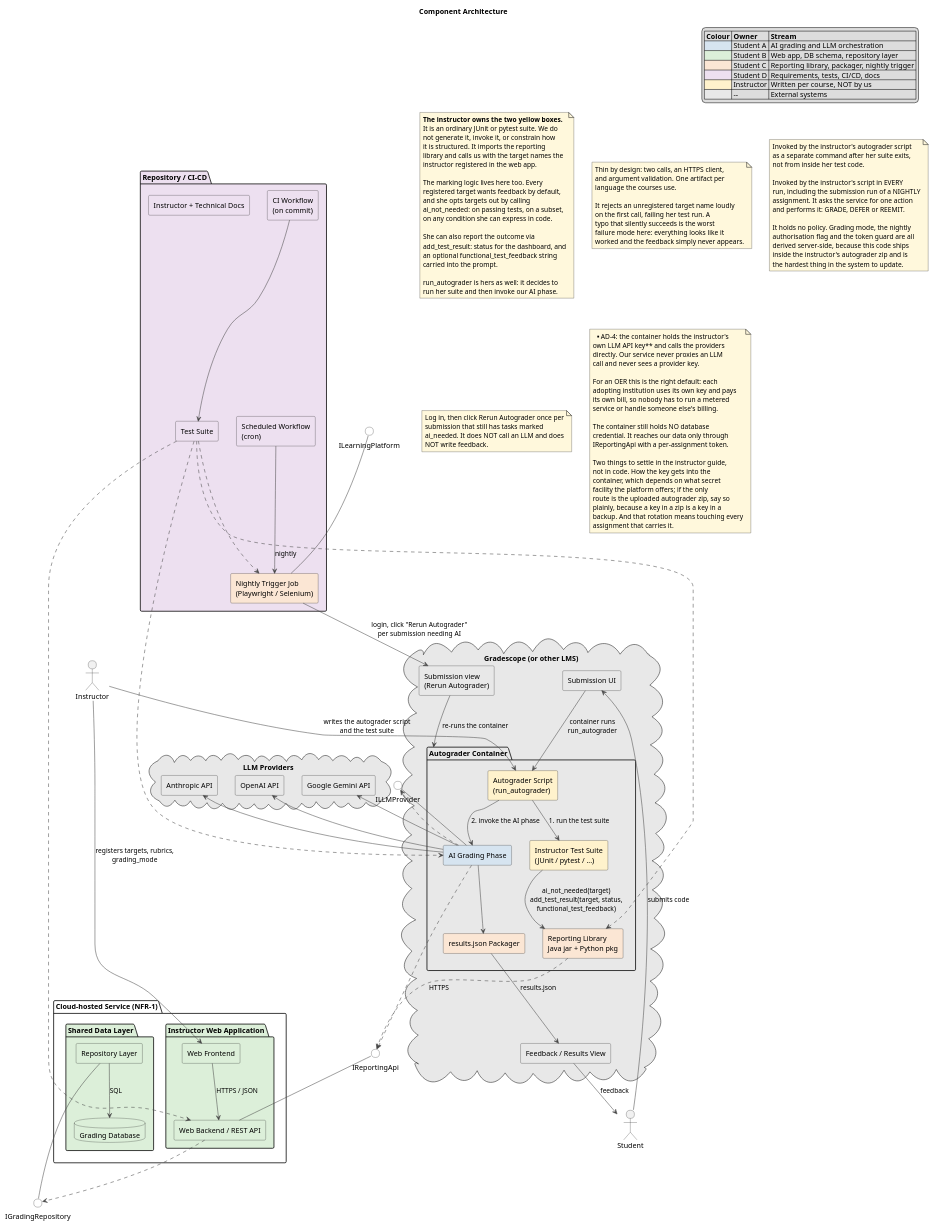
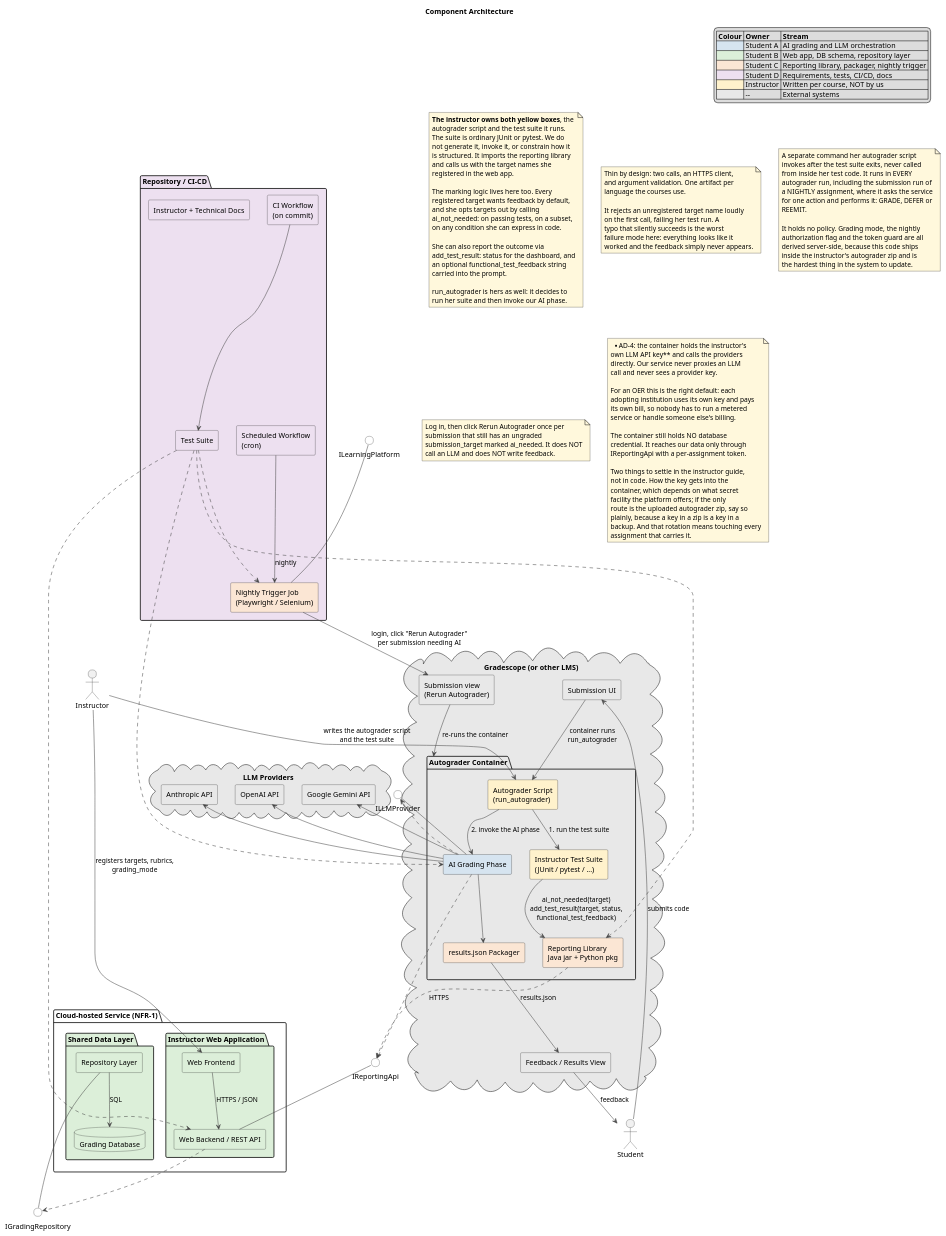
The diagram in docs/architecture/01-component.puml (AI-Assisted-Autograder/ai-assisted-autograder), drawn with PlantUML before and after one commit. The commit also changed 7 other files, not shown here.

```diff
--- a/docs/architecture/01-component.puml
+++ b/docs/architecture/01-component.puml
@@ -141,12 +141,13 @@
 tests ..> trigger
 
 note as N_OWN #FFF8DC
-  **The instructor owns the two yellow boxes.**
-  It is an ordinary JUnit or pytest suite. We do
-  not generate it, invoke it, or constrain how
-  it is structured. It imports the reporting
-  library and calls us with the target names the
-  instructor registered in the web app.
+  **The instructor owns both yellow boxes**, the
+  autograder script and the test suite it runs.
+  The suite is ordinary JUnit or pytest. We do
+  not generate it, invoke it, or constrain how it
+  is structured. It imports the reporting library
+  and calls us with the target names she
+  registered in the web app.
 
   The marking logic lives here too. Every
   registered target wants feedback by default,
@@ -176,17 +177,16 @@
 end note
 
 note as N_AIP #FFF8DC
-  Invoked by the instructor's autograder script
-  as a separate command after her suite exits,
-  not from inside her test code.
-
-  Invoked by the instructor's script in EVERY
-  run, including the submission run of a NIGHTLY
-  assignment. It asks the service for one action
-  and performs it: GRADE, DEFER or REEMIT.
+  A separate command her autograder script
+  invokes after the test suite exits, never called
+  from inside her test code. It runs in EVERY
+  autograder run, including the submission run of
+  a NIGHTLY assignment, where it asks the service
+  for one action and performs it: GRADE, DEFER or
+  REEMIT.
 
   It holds no policy. Grading mode, the nightly
-  authorisation flag and the token guard are all
+  authorization flag and the token guard are all
   derived server-side, because this code ships
   inside the instructor's autograder zip and is
   the hardest thing in the system to update.
@@ -194,9 +194,9 @@
 
 note as N_TRIG #FFF8DC
   Log in, then click Rerun Autograder once per
-  submission that still has tasks marked
-  ai_needed. It does NOT call an LLM and does
-  NOT write feedback.
+  submission that still has an ungraded
+  submission_target marked ai_needed. It does NOT
+  call an LLM and does NOT write feedback.
 end note
 
 note as N_KEYS #FFF8DC
```
